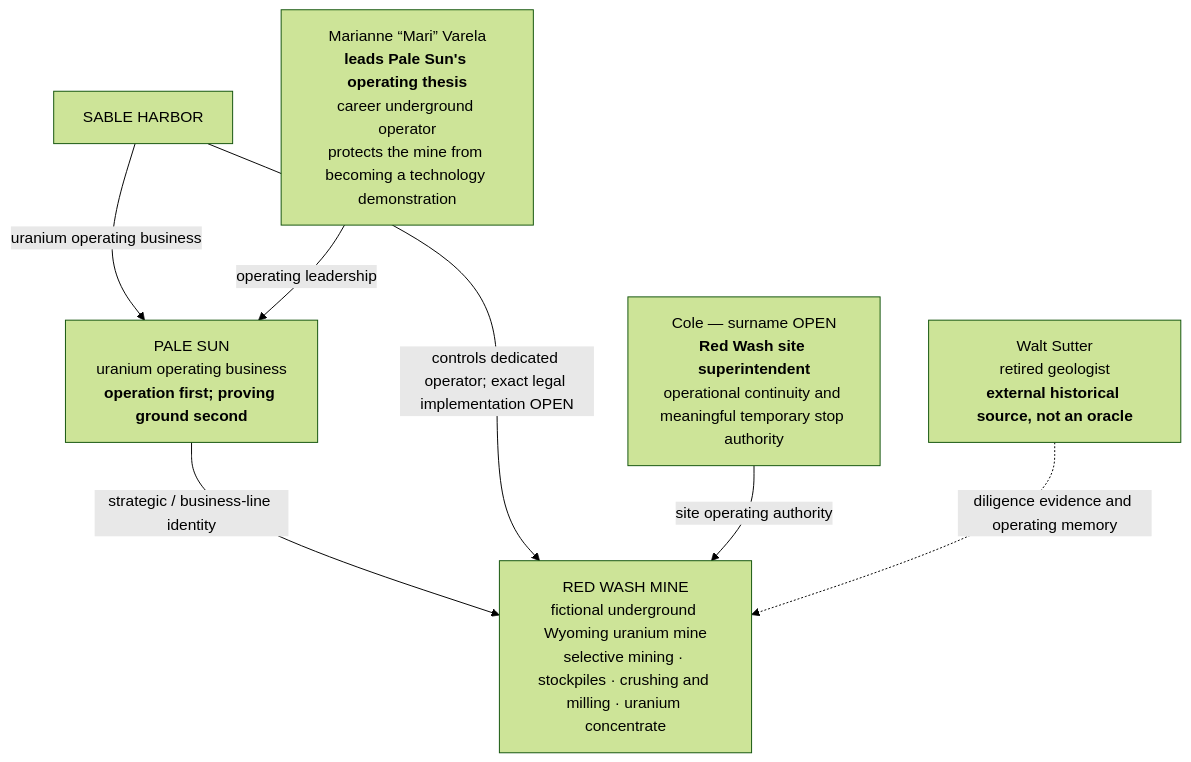
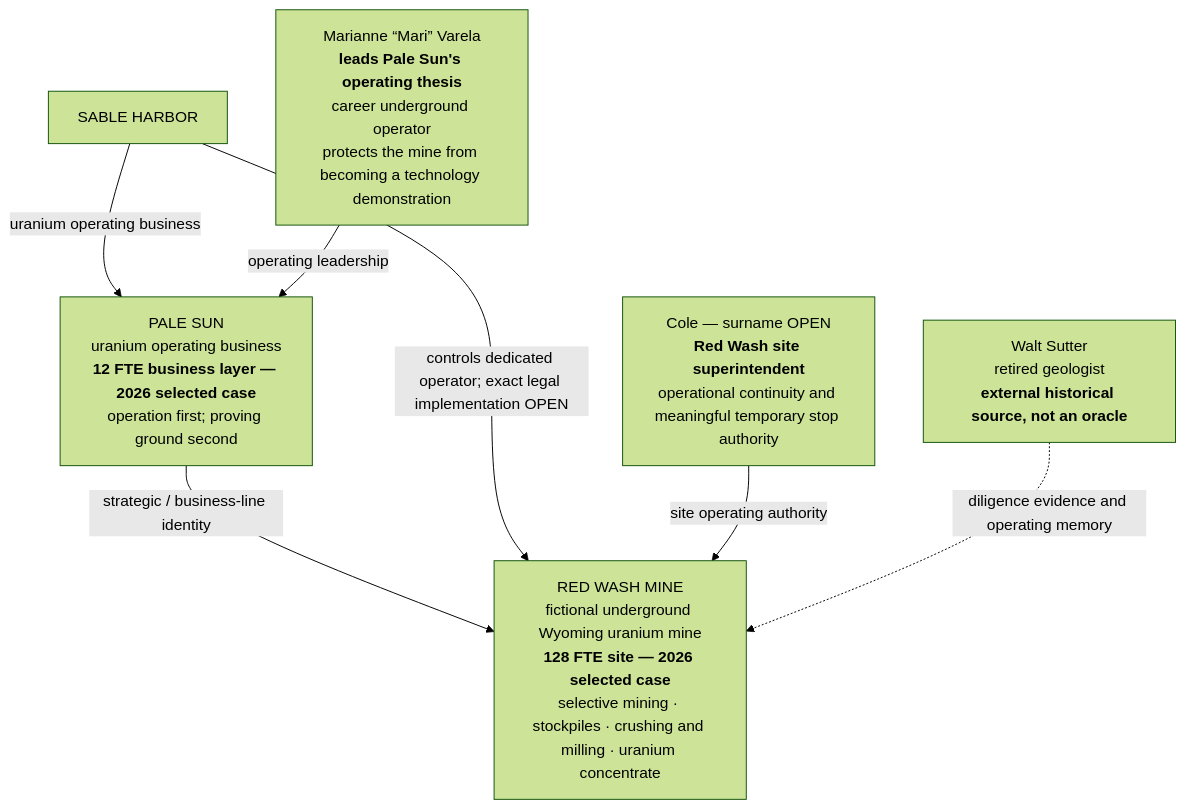
Before and after one commit to SquirmyWormy275/SABLEHARBOR: the first of 3 diagrams in docs/organization/PALE_SUN_AND_RED_WASH.md, drawn with Mermaid (forest theme). The commit also changed other lines of this file and 124 other files, not shown here.

Commit message:
Reconcile and harden Red Wash closeout

````diff
--- a/docs/organization/PALE_SUN_AND_RED_WASH.md
+++ b/docs/organization/PALE_SUN_AND_RED_WASH.md
@@ -11,17 +13,17 @@
 ```mermaid
 flowchart TB
     SH["SABLE HARBOR"]
-    PALE["PALE SUN<br/>uranium operating business<br/><b>operation first; proving ground second</b>"]
-    REDWASH["RED WASH MINE<br/>fictional underground Wyoming uranium mine<br/>selective mining · stockpiles · crushing and milling · uranium concentrate"]
+    PALE["PALE SUN<br/>uranium operating business<br/><b>12 FTE business layer — 2026 selected case</b><br/>operation first; proving ground second"]
+    REDWASH["RED WASH MINE<br/>fictional underground Wyoming uranium mine<br/><b>128 FTE site — 2026 selected case</b><br/>selective mining · stockpiles · crushing and milling · uranium concentrate"]
 
     MARI["Marianne “Mari” Varela<br/><b>leads Pale Sun's operating thesis</b><br/>career underground operator<br/>protects the mine from becoming a technology demonstration"]
     COLE["Cole — surname OPEN<br/><b>Red Wash site superintendent</b><br/>operational continuity and meaningful temporary stop authority"]
     WALT["Walt Sutter<br/>retired geologist<br/><b>external historical source, not an oracle</b>"]
 
     SH -->|uranium operating business| PALE
     PALE -->|strategic / business-line identity| REDWASH
     SH -->|controls dedicated operator; exact legal implementation OPEN| REDWASH
     MARI -->|operating leadership| PALE
     COLE -->|site operating authority| REDWASH
     WALT -.->|diligence evidence and operating memory| REDWASH
 ```
````
